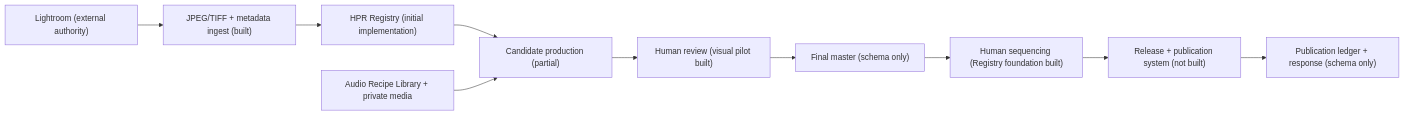
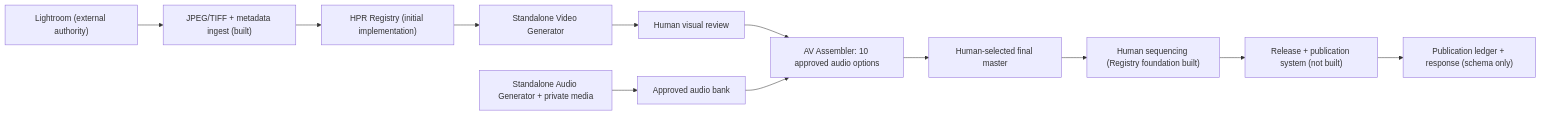
One commit to dannygoldfield/HPR-Umbrella changed the diagram in README.md. Above: the diagram before and after it, drawn with Mermaid. The commit also changed other lines of this file and 113 other files, not shown here.

````diff
--- a/README.md
+++ b/README.md
@@ -29,12 +33,14 @@
 ```mermaid
 flowchart LR
     L["Lightroom (external authority)"] --> I["JPEG/TIFF + metadata ingest (built)"]
     I --> R["HPR Registry (initial implementation)"]
-    R --> C["Candidate production (partial)"]
-    A["Audio Recipe Library + private media"] --> C
-    C --> H["Human review (visual pilot built)"]
-    H --> M["Final master (schema only)"]
+    R --> V["Standalone Video Generator"]
+    A["Standalone Audio Generator + private media"] --> B["Approved audio bank"]
+    V --> H["Human visual review"]
+    H --> C["AV Assembler: 10 approved audio options"]
+    B --> C
+    C --> M["Human-selected final master"]
     M --> S["Human sequencing (Registry foundation built)"]
     S --> P["Release + publication system (not built)"]
     P --> G["Publication ledger + response (schema only)"]
 ```
````
